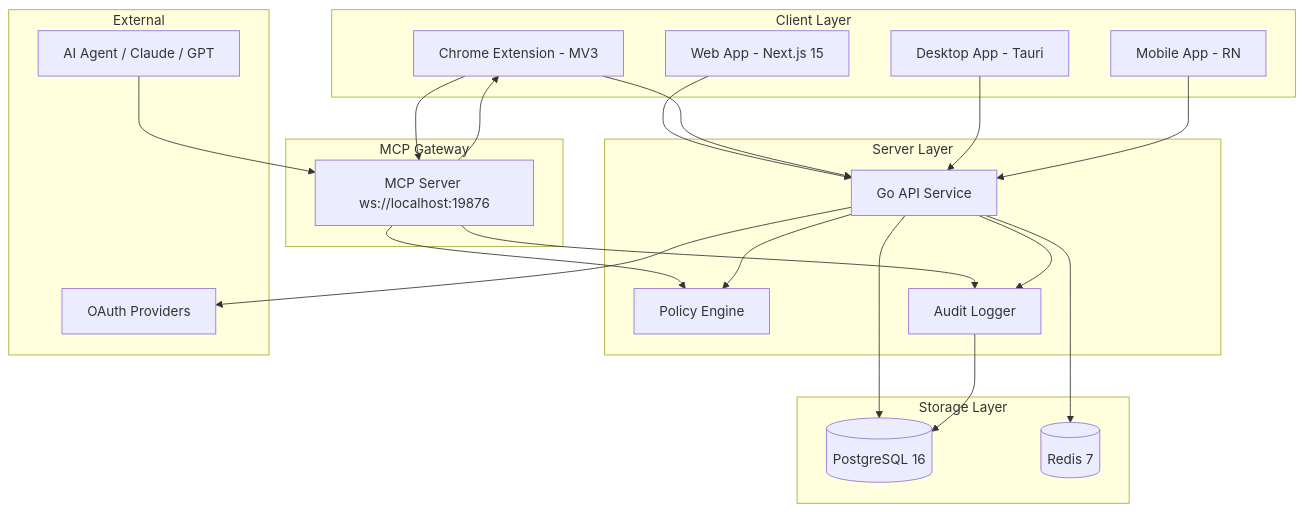
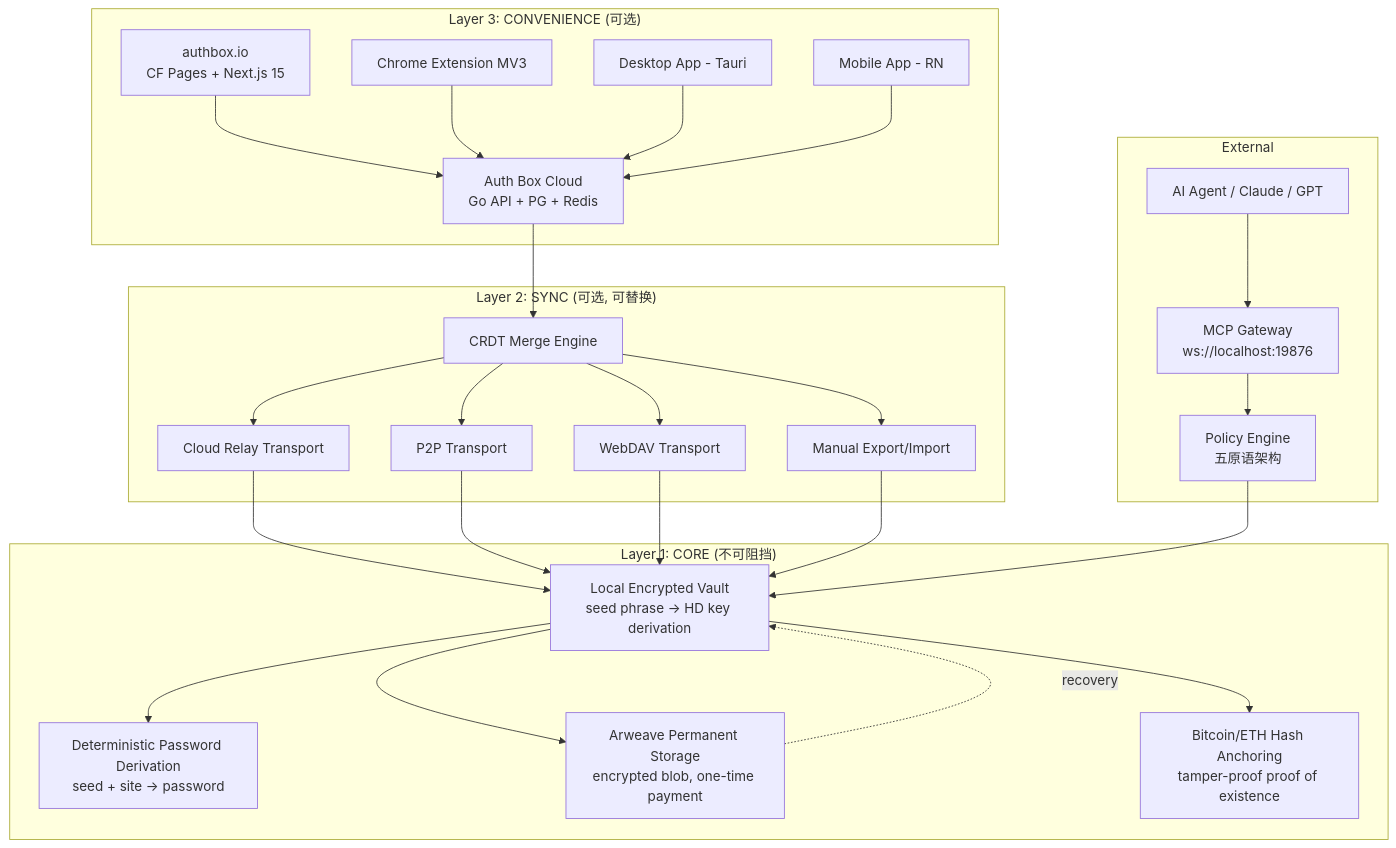
One commit to MARUCIE/authbox changed the first of 7 diagrams in doc/00_project/initiative_10_auth_box/SYSTEM_ARCHITECTURE.md. Above: the diagram before and after it, drawn with Mermaid. The commit also changed other lines of this file and 1 other file, not shown here.

First line of the commit message:
docs(arch): upgrade SYSTEM_ARCHITECTURE to v5 Unstoppable Edition

````diff
--- a/doc/00_project/initiative_10_auth_box/SYSTEM_ARCHITECTURE.md
+++ b/doc/00_project/initiative_10_auth_box/SYSTEM_ARCHITECTURE.md
@@ -34,48 +49,56 @@
 ```mermaid
 graph TD
-    subgraph Client Layer
-        WEB[Web App - Next.js 15]
-        EXT[Chrome Extension - MV3]
+    subgraph "Layer 3: CONVENIENCE (可选)"
+        CLOUD[Auth Box Cloud<br/>Go API + PG + Redis]
+        WEB[authbox.io<br/>CF Pages + Next.js 15]
+        EXT[Chrome Extension MV3]
         DESK[Desktop App - Tauri]
         MOBILE[Mobile App - RN]
     end
 
-    subgraph MCP Gateway
-        MCP_SRV[MCP Server ws://localhost:19876]
+    subgraph "Layer 2: SYNC (可选, 可替换)"
+        CRDT[CRDT Merge Engine]
+        RELAY[Cloud Relay Transport]
+        P2P[P2P Transport]
+        WEBDAV[WebDAV Transport]
+        EXPORT[Manual Export/Import]
     end
 
-    subgraph Server Layer
-        API[Go API Service]
-        POLICY[Policy Engine]
-        AUDIT[Audit Logger]
+    subgraph "Layer 1: CORE (不可阻挡)"
+        VAULT[Local Encrypted Vault<br/>seed phrase → HD key derivation]
+        DERIVE[Deterministic Password Derivation<br/>seed + site → password]
+        ARWEAVE[Arweave Permanent Storage<br/>encrypted blob, one-time payment]
+        ANCHOR[Bitcoin/ETH Hash Anchoring<br/>tamper-proof proof of existence]
     end
 
-    subgraph Storage Layer
-        DB[(PostgreSQL 16)]
-        CACHE[(Redis 7)]
+    subgraph "External"
+        AGENT[AI Agent / Claude / GPT]
+        MCP_SRV[MCP Gateway<br/>ws://localhost:19876]
+        POLICY[Policy Engine<br/>五原语架构]
     end
 
-    subgraph External
-        AGENT[AI Agent / Claude / GPT]
-        OAUTH[OAuth Providers]
-    end
+    WEB --> CLOUD
+    EXT --> CLOUD
+    DESK --> CLOUD
+    MOBILE --> CLOUD
 
-    WEB --> API
-    EXT --> API
-    EXT --> MCP_SRV
-    DESK --> API
-    MOBILE --> API
+    CLOUD --> CRDT
+    CRDT --> RELAY
+    CRDT --> P2P
+    CRDT --> WEBDAV
+    CRDT --> EXPORT
+
+    RELAY --> VAULT
+    P2P --> VAULT
+    WEBDAV --> VAULT
+    EXPORT --> VAULT
+
+    VAULT --> DERIVE
+    VAULT --> ARWEAVE
+    VAULT --> ANCHOR
+    ARWEAVE -.->|recovery| VAULT
 
     AGENT --> MCP_SRV
-    MCP_SRV --> EXT
     MCP_SRV --> POLICY
-    MCP_SRV --> AUDIT
-
-    API --> DB
-    API --> CACHE
-    API --> AUDIT
-    API --> POLICY
-    API --> OAUTH
-
-    AUDIT --> DB
+    POLICY --> VAULT
 ```
````
